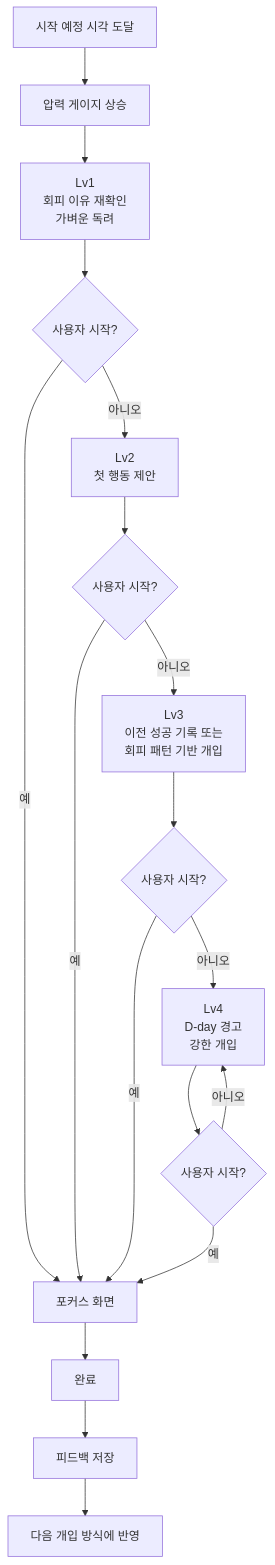
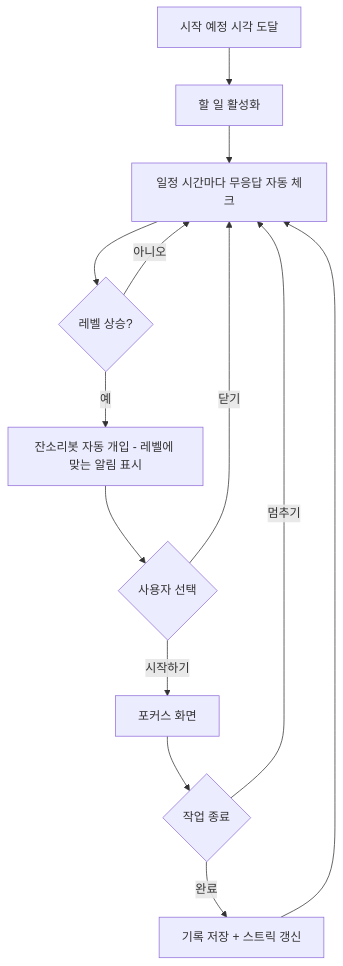
One commit to Mureung1/hub-showcase changed the second of 2 diagrams in docs/plan.md. Above: the diagram before and after it, drawn with Mermaid. The commit also changed other lines of this file and 3 other files, not shown here.

````diff
--- a/docs/plan.md
+++ b/docs/plan.md
@@ -85,36 +123,19 @@
 ```mermaid
 flowchart TD
-    A[시작 예정 시각 도달]
-    --> B[압력 게이지 상승]
+    A[시작 예정 시각 도달] --> B[할 일 활성화]
+    B --> C[일정 시간마다 무응답 자동 체크]
 
-    B --> C[Lv1<br/>회피 이유 재확인<br/>가벼운 독려]
+    C --> D{레벨 상승?}
+    D -- 아니오 --> C
+    D -- 예 --> E[잔소리봇 자동 개입 - 레벨에 맞는 알림 표시]
 
-    C --> D{사용자 시작?}
+    E --> F{사용자 선택}
+    F -- 시작하기 --> G[포커스 화면]
+    F -- 닫기 --> C
 
-    D -- 예 --> J[포커스 화면]
+    G --> H{작업 종료}
+    H -- 완료 --> I[기록 저장 + 스트릭 갱신]
+    H -- 멈추기 --> C
 
-    D -- 아니오 --> E[Lv2<br/>첫 행동 제안]
-
-    E --> F{사용자 시작?}
-
-    F -- 예 --> J
-
-    F -- 아니오 --> G[Lv3<br/>이전 성공 기록 또는<br/>회피 패턴 기반 개입]
-
-    G --> H{사용자 시작?}
-
-    H -- 예 --> J
-
-    H -- 아니오 --> I[Lv4<br/>D-day 경고<br/>강한 개입]
-
-    I --> K{사용자 시작?}
-
-    K -- 예 --> J
-    K -- 아니오 --> I
-
-    J --> L[완료]
-
-    L --> M[피드백 저장]
-
-    M --> N[다음 개입 방식에 반영]
+    I --> C
 ```
````
